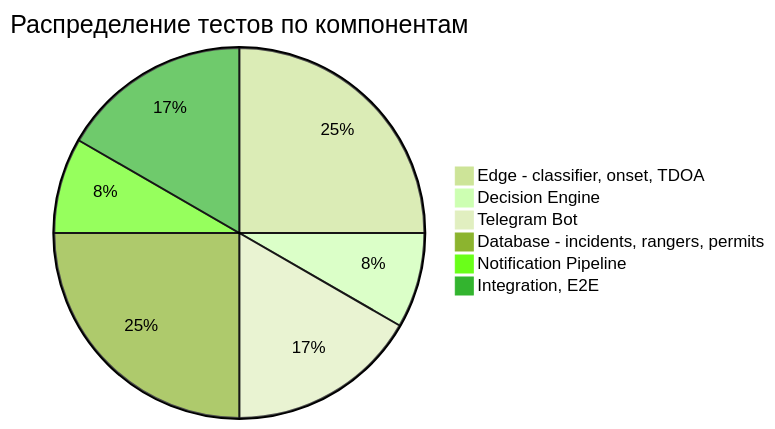
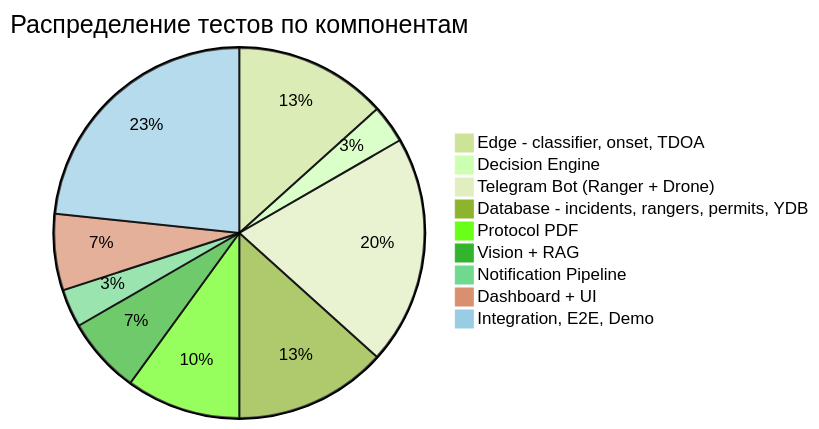
Before and after one commit to gianhu403-hash/faun: the diagram in docs/testing.md, drawn with Mermaid (forest theme). The commit also changed other lines of this file and 7 other files, not shown here.

````diff
--- a/docs/testing.md
+++ b/docs/testing.md
@@ -72,9 +91,12 @@
 ```mermaid
 pie title Распределение тестов по компонентам
-    "Edge - classifier, onset, TDOA" : 3
+    "Edge - classifier, onset, TDOA" : 4
     "Decision Engine" : 1
-    "Telegram Bot" : 2
-    "Database - incidents, rangers, permits" : 3
+    "Telegram Bot (Ranger + Drone)" : 6
+    "Database - incidents, rangers, permits, YDB" : 4
+    "Protocol PDF" : 3
+    "Vision + RAG" : 2
     "Notification Pipeline" : 1
-    "Integration, E2E" : 2
+    "Dashboard + UI" : 2
+    "Integration, E2E, Demo" : 7
 ```
````
